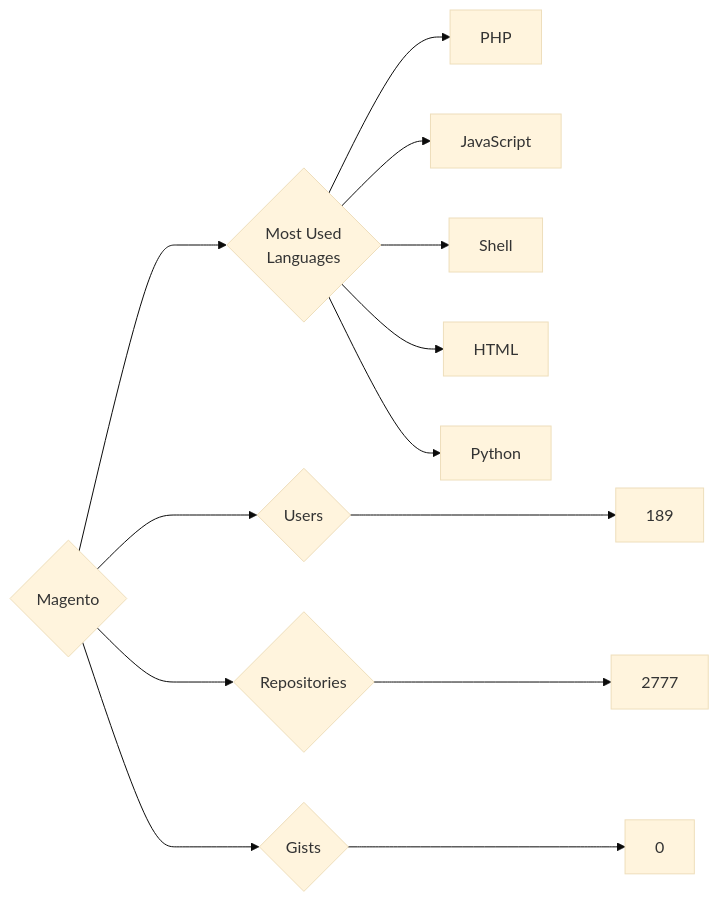
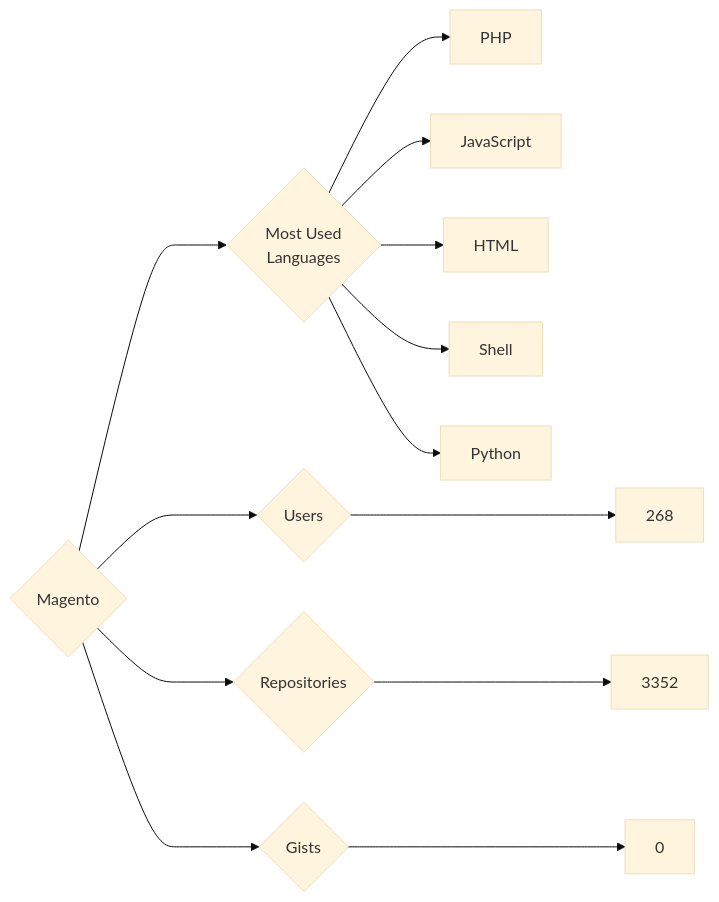
The diagram in targets/Magento/README.md (trickest/insiders), drawn with Mermaid (base theme) before and after one commit. The commit also changed 984 other files, not shown here.

````diff
--- a/targets/Magento/README.md
+++ b/targets/Magento/README.md
@@ -3,13 +3,13 @@
 ```mermaid
 graph LR
 COMPANY_NAME{Magento}
-COMPANY_NAME ---> U{Users} ---> UN[189]
-COMPANY_NAME ---> R{Repositories} ---> RN[2777]
+COMPANY_NAME ---> U{Users} ---> UN[268]
+COMPANY_NAME ---> R{Repositories} ---> RN[3352]
 COMPANY_NAME ---> G{Gists} ---> GN[0]
 COMPANY_NAME ---> ML{Most Used<br>Languages}
 ML --> PHP[PHP]
 ML --> JavaScript[JavaScript]
+ML --> HTML[HTML]
 ML --> Shell[Shell]
-ML --> HTML[HTML]
 ML --> Python[Python]
 ```
````
